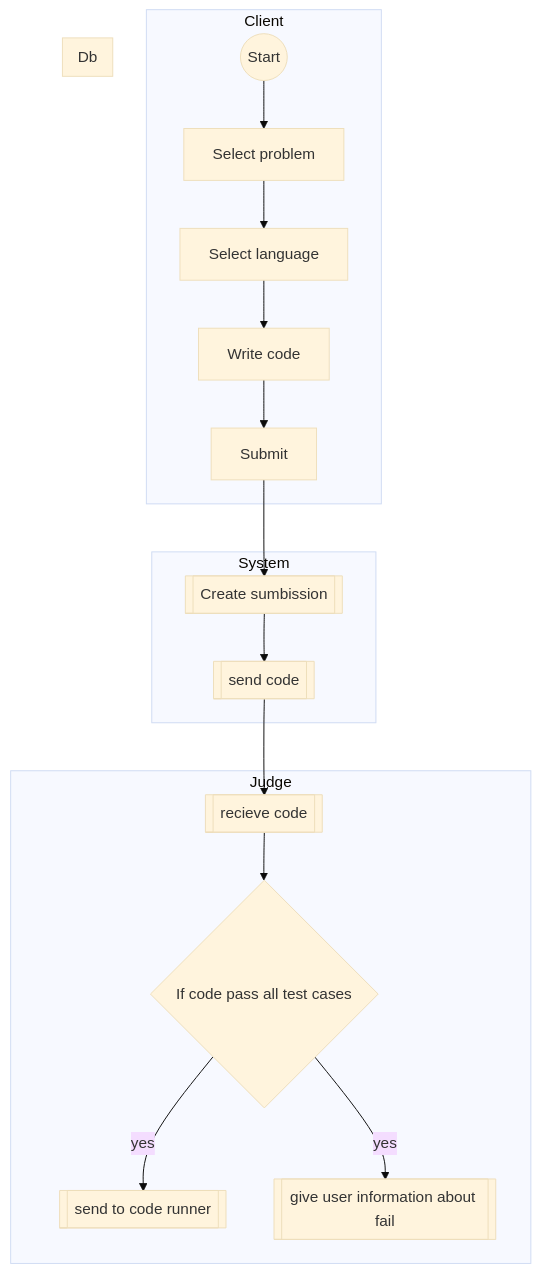
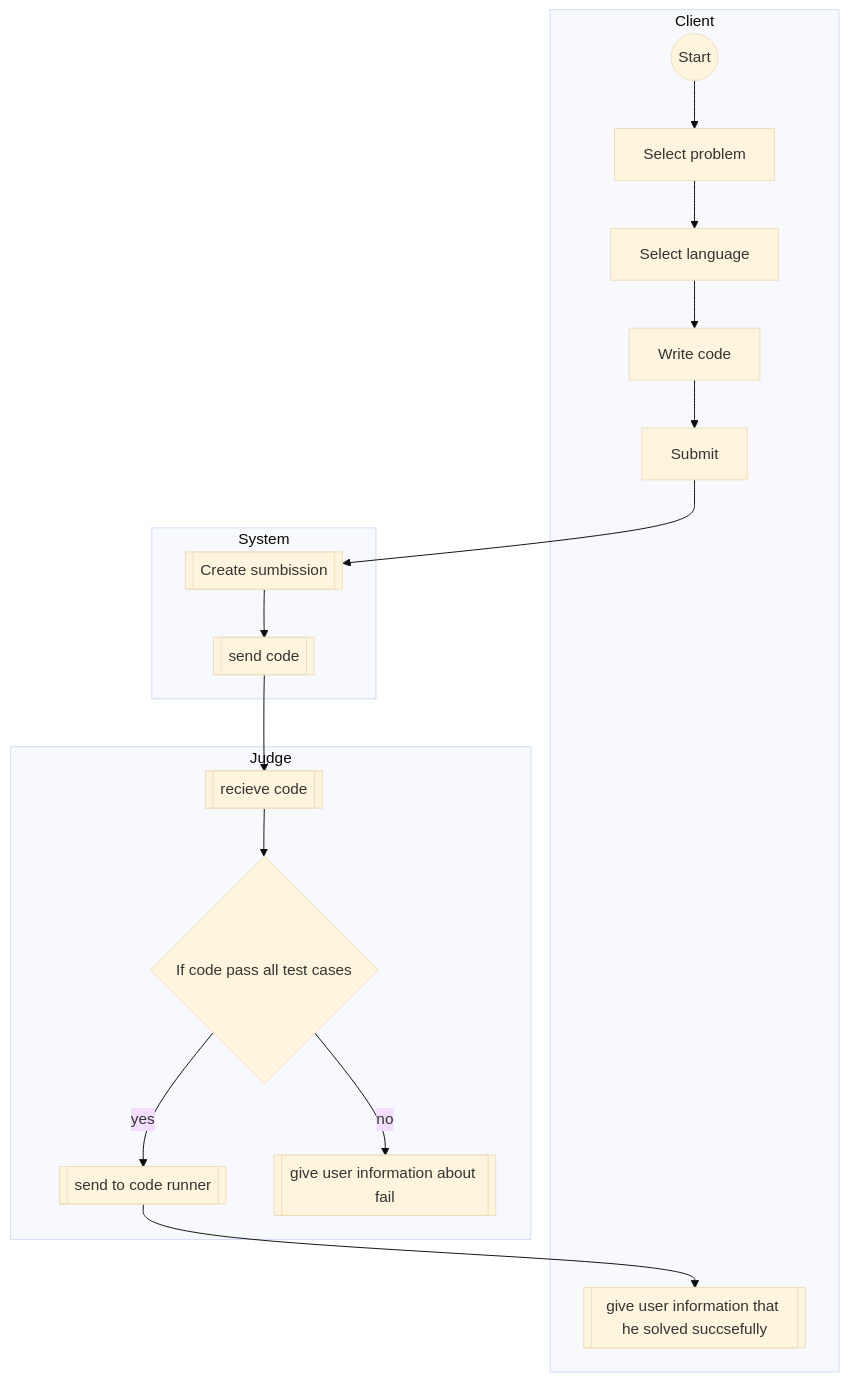
Before and after one commit to Cammp3r/KPI-2-LABS: the diagram in lab4/activity.md, drawn with Mermaid (base theme). The commit also changed 1 other file, not shown here.

Commit message:
upd of activity

````diff
--- a/lab4/activity.md
+++ b/lab4/activity.md
@@ -1,23 +1,23 @@
 ```mermaid
 flowchart TD
     subgraph Client
         A((Start)) --> B[Select problem]
         B --> C[Select language]
         C --> D[Write code]
         D --> E[Submit]
+        D1
         end
     subgraph System
         E --> F[[Create sumbission]]
         F --> G0[[send code]]
         
     end
     subgraph Judge
     G0 --> G1[[recieve code]]
     G1 --> G{If code pass all test cases}
     G --> |yes| G2[[send to code runner]]
-    G --> |yes| G3[[give user information about fail]]
-    
+    G --> |no| G3[[give user information about fail]]
+    G2 --> D1[[give user information that he solved succsefully]]
     end
-    subgraph Db
-    end
+
 ```
````
